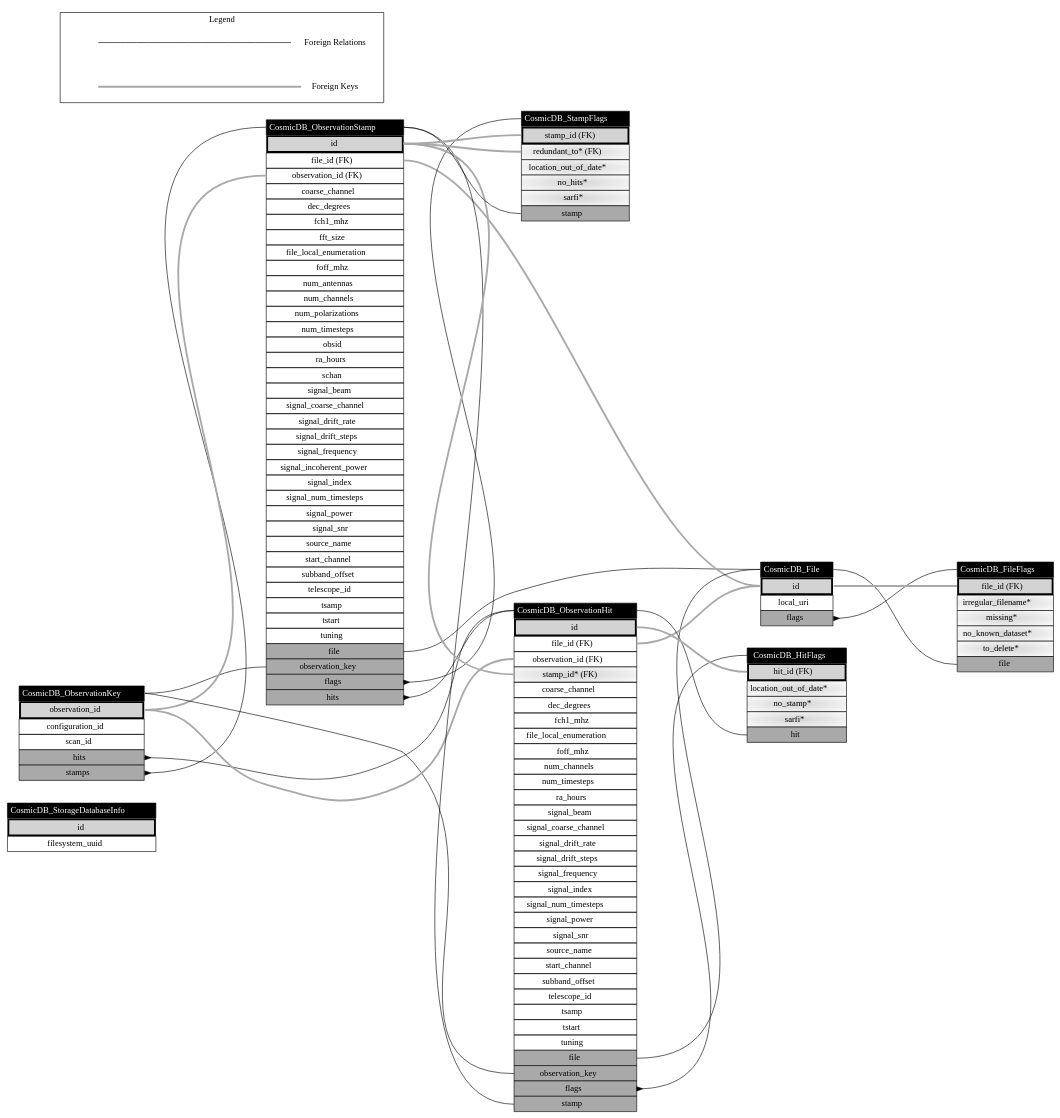
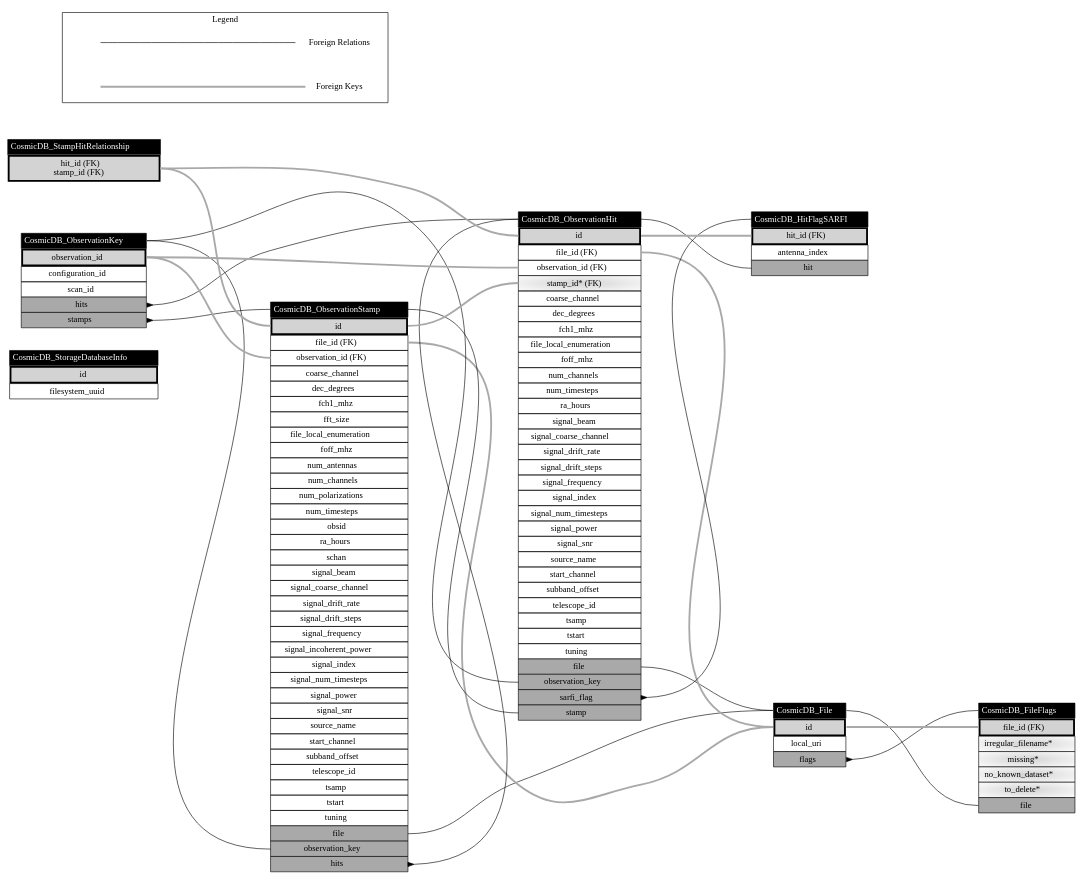
One commit to COSMIC-SETI/COSMIC-VLA-Database changed the diagram in docs/classes_Storage.dot. Above: the diagram before and after it, drawn with Graphviz. The commit also changed 7 other files, not shown here.

Commit message:
~* Stamp/HitFlags, + HitFlagSARFI, + StampHitRelationship

```diff
--- a/docs/classes_Storage.dot
+++ b/docs/classes_Storage.dot
@@ -1,28 +1,28 @@
 digraph CosmicDB_Storage {
-rankdir=LR;
 layout=dot;
 nodesep=0.5;
+rankdir=LR;
 ranksep=2.5;
-CosmicDB_StorageDatabaseInfo [shape=plain, label=<<table border="0" cellborder="1" cellspacing="0" cellpadding="4">
+CosmicDB_StorageDatabaseInfo [label=<<table border="0" cellborder="1" cellspacing="0" cellpadding="4">
 	<tr><td bgcolor="black" port="class"><font color="white">CosmicDB_StorageDatabaseInfo</font></td></tr>
 	<tr><td port="pk" bgcolor="lightgrey" border="3">id</td></tr>
 	<tr><td port="filesystem_uuid">filesystem_uuid</td></tr>
-</table>>];
-CosmicDB_ObservationKey [shape=plain, label=<<table border="0" cellborder="1" cellspacing="0" cellpadding="4">
+</table>>, shape=plain];
+CosmicDB_ObservationKey [label=<<table border="0" cellborder="1" cellspacing="0" cellpadding="4">
 	<tr><td bgcolor="black" port="class"><font color="white">CosmicDB_ObservationKey</font></td></tr>
 	<tr><td port="pk" bgcolor="lightgrey" border="3">observation_id</td></tr>
 	<tr><td port="configuration_id">configuration_id</td></tr>
 	<tr><td port="scan_id">scan_id</td></tr>
 	<tr><td bgcolor="darkgrey" port="hits">hits</td></tr>
 	<tr><td bgcolor="darkgrey" port="stamps">stamps</td></tr>
-</table>>];
-CosmicDB_File [shape=plain, label=<<table border="0" cellborder="1" cellspacing="0" cellpadding="4">
+</table>>, shape=plain];
+CosmicDB_File [label=<<table border="0" cellborder="1" cellspacing="0" cellpadding="4">
 	<tr><td bgcolor="black" port="class"><font color="white">CosmicDB_File</font></td></tr>
 	<tr><td port="pk" bgcolor="lightgrey" border="3">id</td></tr>
 	<tr><td port="local_uri">local_uri</td></tr>
 	<tr><td bgcolor="darkgrey" port="flags">flags</td></tr>
-</table>>];
-CosmicDB_FileFlags [shape=plain, label=<<table border="0" cellborder="1" cellspacing="0" cellpadding="4">
+</table>>, shape=plain];
+CosmicDB_FileFlags [label=<<table border="0" cellborder="1" cellspacing="0" cellpadding="4">
 	<tr><td bgcolor="black" port="class"><font color="white">CosmicDB_FileFlags</font></td></tr>
 	<tr><td port="pk" bgcolor="lightgrey" border="3">file_id (FK)</td></tr>
 	<tr><td port="irregular_filename" bgcolor="lightgrey:white" style="radial">irregular_filename*</td></tr>
@@ -30,8 +30,8 @@
 	<tr><td port="no_known_dataset" bgcolor="lightgrey:white" style="radial">no_known_dataset*</td></tr>
 	<tr><td port="to_delete" bgcolor="lightgrey:white" style="radial">to_delete*</td></tr>
 	<tr><td bgcolor="darkgrey" port="file">file</td></tr>
-</table>>];
-CosmicDB_ObservationStamp [shape=plain, label=<<table border="0" cellborder="1" cellspacing="0" cellpadding="4">
+</table>>, shape=plain];
+CosmicDB_ObservationStamp [label=<<table border="0" cellborder="1" cellspacing="0" cellpadding="4">
 	<tr><td bgcolor="black" port="class"><font color="white">CosmicDB_ObservationStamp</font></td></tr>
 	<tr><td port="pk" bgcolor="lightgrey" border="3">id</td></tr>
 	<tr><td port="file_id">file_id (FK)</td></tr>
@@ -68,10 +68,9 @@
 	<tr><td port="tuning">tuning</td></tr>
 	<tr><td bgcolor="darkgrey" port="file">file</td></tr>
 	<tr><td bgcolor="darkgrey" port="observation_key">observation_key</td></tr>
-	<tr><td bgcolor="darkgrey" port="flags">flags</td></tr>
 	<tr><td bgcolor="darkgrey" port="hits">hits</td></tr>
-</table>>];
-CosmicDB_ObservationHit [shape=plain, label=<<table border="0" cellborder="1" cellspacing="0" cellpadding="4">
+</table>>, shape=plain];
+CosmicDB_ObservationHit [label=<<table border="0" cellborder="1" cellspacing="0" cellpadding="4">
 	<tr><td bgcolor="black" port="class"><font color="white">CosmicDB_ObservationHit</font></td></tr>
 	<tr><td port="pk" bgcolor="lightgrey" border="3">id</td></tr>
 	<tr><td port="file_id">file_id (FK)</td></tr>
@@ -103,57 +102,49 @@
 	<tr><td port="tuning">tuning</td></tr>
 	<tr><td bgcolor="darkgrey" port="file">file</td></tr>
 	<tr><td bgcolor="darkgrey" port="observation_key">observation_key</td></tr>
-	<tr><td bgcolor="darkgrey" port="flags">flags</td></tr>
+	<tr><td bgcolor="darkgrey" port="sarfi_flag">sarfi_flag</td></tr>
 	<tr><td bgcolor="darkgrey" port="stamp">stamp</td></tr>
-</table>>];
-CosmicDB_HitFlags [shape=plain, label=<<table border="0" cellborder="1" cellspacing="0" cellpadding="4">
-	<tr><td bgcolor="black" port="class"><font color="white">CosmicDB_HitFlags</font></td></tr>
+</table>>, shape=plain];
+CosmicDB_HitFlagSARFI [label=<<table border="0" cellborder="1" cellspacing="0" cellpadding="4">
+	<tr><td bgcolor="black" port="class"><font color="white">CosmicDB_HitFlagSARFI</font></td></tr>
 	<tr><td port="pk" bgcolor="lightgrey" border="3">hit_id (FK)</td></tr>
-	<tr><td port="location_out_of_date" bgcolor="lightgrey:white" style="radial">location_out_of_date*</td></tr>
-	<tr><td port="no_stamp" bgcolor="lightgrey:white" style="radial">no_stamp*</td></tr>
-	<tr><td port="sarfi" bgcolor="lightgrey:white" style="radial">sarfi*</td></tr>
+	<tr><td port="antenna_index">antenna_index</td></tr>
 	<tr><td bgcolor="darkgrey" port="hit">hit</td></tr>
-</table>>];
-CosmicDB_StampFlags [shape=plain, label=<<table border="0" cellborder="1" cellspacing="0" cellpadding="4">
-	<tr><td bgcolor="black" port="class"><font color="white">CosmicDB_StampFlags</font></td></tr>
-	<tr><td port="pk" bgcolor="lightgrey" border="3">stamp_id (FK)</td></tr>
-	<tr><td port="redundant_to" bgcolor="lightgrey:white" style="radial">redundant_to* (FK)</td></tr>
-	<tr><td port="location_out_of_date" bgcolor="lightgrey:white" style="radial">location_out_of_date*</td></tr>
-	<tr><td port="no_hits" bgcolor="lightgrey:white" style="radial">no_hits*</td></tr>
-	<tr><td port="sarfi" bgcolor="lightgrey:white" style="radial">sarfi*</td></tr>
-	<tr><td bgcolor="darkgrey" port="stamp">stamp</td></tr>
-</table>>];
-CosmicDB_ObservationKey:hits -> CosmicDB_ObservationHit:class [arrowtail=inv, dir=back];
-CosmicDB_ObservationKey:stamps -> CosmicDB_ObservationStamp:class [arrowtail=inv, dir=back];
-CosmicDB_File:flags -> CosmicDB_FileFlags:class [arrowtail=inv, dir=back];
-CosmicDB_FileFlags:file -> CosmicDB_File:class [arrowtail=none, dir=back];
-CosmicDB_ObservationStamp:file -> CosmicDB_File:class [arrowtail=none, dir=back];
-CosmicDB_ObservationStamp:observation_key -> CosmicDB_ObservationKey:class [arrowtail=none, dir=back];
-CosmicDB_ObservationStamp:flags -> CosmicDB_StampFlags:class [arrowtail=inv, dir=back];
-CosmicDB_ObservationStamp:hits -> CosmicDB_ObservationHit:class [arrowtail=inv, dir=back];
-CosmicDB_ObservationHit:file -> CosmicDB_File:class [arrowtail=none, dir=back];
-CosmicDB_ObservationHit:observation_key -> CosmicDB_ObservationKey:class [arrowtail=none, dir=back];
-CosmicDB_ObservationHit:flags -> CosmicDB_HitFlags:class [arrowtail=inv, dir=back];
-CosmicDB_ObservationHit:stamp -> CosmicDB_ObservationStamp:class [arrowtail=none, dir=back];
-CosmicDB_HitFlags:hit -> CosmicDB_ObservationHit:class [arrowtail=none, dir=back];
-CosmicDB_StampFlags:stamp -> CosmicDB_ObservationStamp:class [arrowtail=none, dir=back];
-CosmicDB_FileFlags:pk -> CosmicDB_File:pk [arrowtail=none, dir=back, color=darkgrey, penwidth=3.0];
-CosmicDB_ObservationStamp:file_id -> CosmicDB_File:pk [arrowtail=none, dir=back, color=darkgrey, penwidth=3.0];
-CosmicDB_ObservationStamp:observation_id -> CosmicDB_ObservationKey:pk [arrowtail=none, dir=back, color=darkgrey, penwidth=3.0];
-CosmicDB_ObservationHit:file_id -> CosmicDB_File:pk [arrowtail=none, dir=back, color=darkgrey, penwidth=3.0];
-CosmicDB_ObservationHit:observation_id -> CosmicDB_ObservationKey:pk [arrowtail=none, dir=back, color=darkgrey, penwidth=3.0];
-CosmicDB_ObservationHit:stamp_id -> CosmicDB_ObservationStamp:pk [arrowtail=none, dir=back, color=darkgrey, penwidth=3.0];
-CosmicDB_HitFlags:pk -> CosmicDB_ObservationHit:pk [arrowtail=none, dir=back, color=darkgrey, penwidth=3.0];
-CosmicDB_StampFlags:redundant_to -> CosmicDB_ObservationStamp:pk [arrowtail=none, dir=back, color=darkgrey, penwidth=3.0];
-CosmicDB_StampFlags:pk -> CosmicDB_ObservationStamp:pk [arrowtail=none, dir=back, color=darkgrey, penwidth=3.0];
+</table>>, shape=plain];
+CosmicDB_StampHitRelationship [label=<<table border="0" cellborder="1" cellspacing="0" cellpadding="4">
+	<tr><td bgcolor="black" port="class"><font color="white">CosmicDB_StampHitRelationship</font></td></tr>
+	<tr><td port="pk" bgcolor="lightgrey" border="3">hit_id (FK)<br/>stamp_id (FK)</td></tr>
+</table>>, shape=plain];
+CosmicDB_ObservationKey:hits -> CosmicDB_ObservationHit:class  [arrowtail=inv, dir=back];
+CosmicDB_ObservationKey:stamps -> CosmicDB_ObservationStamp:class  [arrowtail=inv, dir=back];
+CosmicDB_File:flags -> CosmicDB_FileFlags:class  [arrowtail=inv, dir=back];
+CosmicDB_FileFlags:file -> CosmicDB_File:class  [arrowtail=none, dir=back];
+CosmicDB_ObservationStamp:file -> CosmicDB_File:class  [arrowtail=none, dir=back];
+CosmicDB_ObservationStamp:observation_key -> CosmicDB_ObservationKey:class  [arrowtail=none, dir=back];
+CosmicDB_ObservationStamp:hits -> CosmicDB_ObservationHit:class  [arrowtail=inv, dir=back];
+CosmicDB_ObservationHit:file -> CosmicDB_File:class  [arrowtail=none, dir=back];
+CosmicDB_ObservationHit:observation_key -> CosmicDB_ObservationKey:class  [arrowtail=none, dir=back];
+CosmicDB_ObservationHit:sarfi_flag -> CosmicDB_HitFlagSARFI:class  [arrowtail=inv, dir=back];
+CosmicDB_ObservationHit:stamp -> CosmicDB_ObservationStamp:class  [arrowtail=none, dir=back];
+CosmicDB_HitFlagSARFI:hit -> CosmicDB_ObservationHit:class  [arrowtail=none, dir=back];
+CosmicDB_FileFlags:pk -> CosmicDB_File:pk  [arrowtail=none, color=darkgrey, dir=back, penwidth=3.0];
+CosmicDB_ObservationStamp:file_id -> CosmicDB_File:pk  [arrowtail=none, color=darkgrey, dir=back, penwidth=3.0];
+CosmicDB_ObservationStamp:observation_id -> CosmicDB_ObservationKey:pk  [arrowtail=none, color=darkgrey, dir=back, penwidth=3.0];
+CosmicDB_ObservationHit:file_id -> CosmicDB_File:pk  [arrowtail=none, color=darkgrey, dir=back, penwidth=3.0];
+CosmicDB_ObservationHit:observation_id -> CosmicDB_ObservationKey:pk  [arrowtail=none, color=darkgrey, dir=back, penwidth=3.0];
+CosmicDB_ObservationHit:stamp_id -> CosmicDB_ObservationStamp:pk  [arrowtail=none, color=darkgrey, dir=back, penwidth=3.0];
+CosmicDB_HitFlagSARFI:pk -> CosmicDB_ObservationHit:pk  [arrowtail=none, color=darkgrey, dir=back, penwidth=3.0];
+CosmicDB_StampHitRelationship:pk -> CosmicDB_ObservationHit:pk  [arrowtail=none, color=darkgrey, dir=back, penwidth=3.0];
+CosmicDB_StampHitRelationship:pk -> CosmicDB_ObservationStamp:pk  [arrowtail=none, color=darkgrey, dir=back, penwidth=3.0];
 subgraph legend {
+cluster=True;
 label="Legend";
-cluster=true;
 "Foreign Relations_0" [label="", shape=none];
 "Foreign Relations_1" [label="Foreign Relations", shape=none];
-"Foreign Relations_0" -> "Foreign Relations_1" [arrowtail=none, dir=back, color=black];
+"Foreign Relations_0" -> "Foreign Relations_1"  [arrowtail=none, color=black, dir=back];
 "Foreign Keys_0" [label="", shape=none];
 "Foreign Keys_1" [label="Foreign Keys", shape=none];
-"Foreign Keys_0" -> "Foreign Keys_1" [arrowtail=none, dir=back, color=darkgrey, penwidth=3.0];
+"Foreign Keys_0" -> "Foreign Keys_1"  [arrowtail=none, color=darkgrey, dir=back, penwidth=3.0];
 }
+
 }
```
